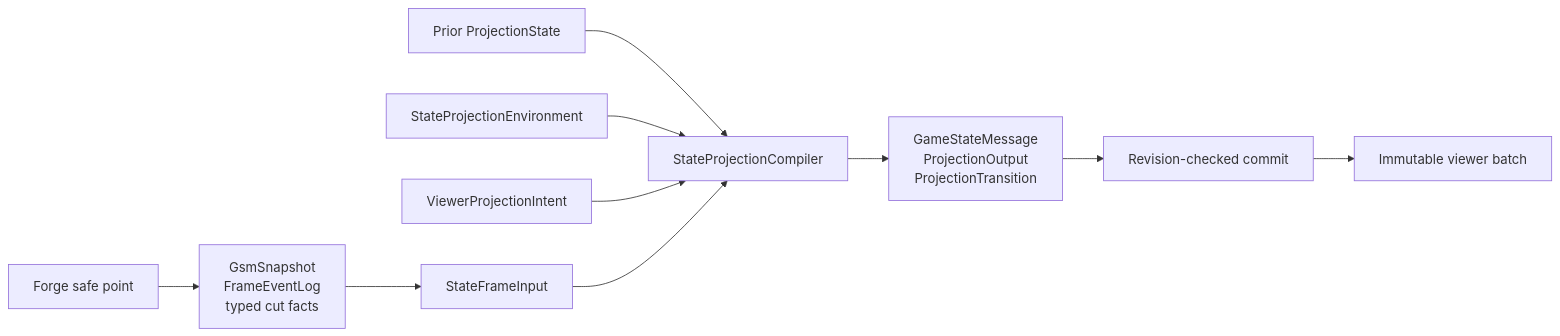
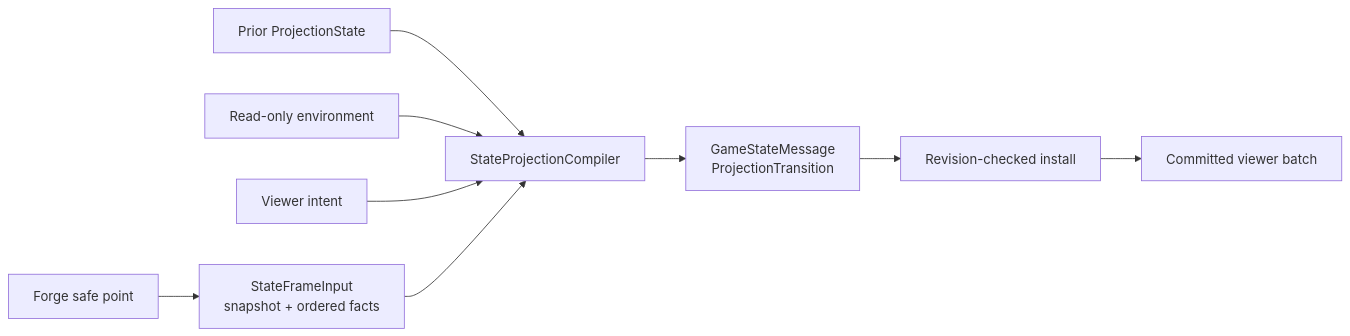
One commit to delebedev/leyline changed the fourth of 4 diagrams in docs/architecture.md. Above: the diagram before and after it, drawn with Mermaid. The commit also changed other lines of this file and 13 other files, not shown here.

Commit message:
docs: consolidate architecture narrative (#404)

````diff
--- a/docs/architecture.md
+++ b/docs/architecture.md
@@ -202,12 +148,11 @@
 ```mermaid
 flowchart LR
-    F[Forge safe point] --> I[GsmSnapshot<br/>FrameEventLog<br/>typed cut facts]
-    I --> S[StateFrameInput]
-    P[Prior ProjectionState] --> C[StateProjectionCompiler]
-    E[StateProjectionEnvironment] --> C
-    V[ViewerProjectionIntent] --> C
-    S --> C
-    C --> R[GameStateMessage<br/>ProjectionOutput<br/>ProjectionTransition]
-    R --> K[Revision-checked commit]
-    K --> B[Immutable viewer batch]
+    SP["Forge safe point"] --> I["StateFrameInput<br/>snapshot + ordered facts"]
+    PS["Prior ProjectionState"] --> C["StateProjectionCompiler"]
+    ENV["Read-only environment"] --> C
+    VI["Viewer intent"] --> C
+    I --> C
+    C --> R["GameStateMessage<br/>ProjectionTransition"]
+    R --> K["Revision-checked install"]
+    K --> B["Committed viewer batch"]
 ```
````
